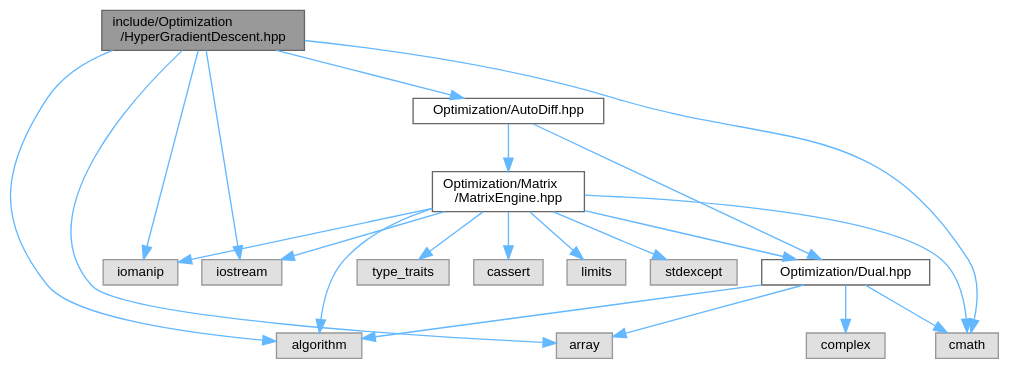
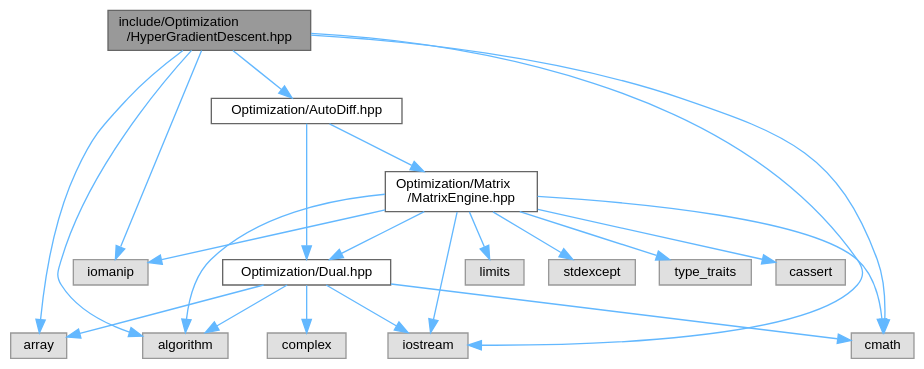
The diagram in HyperGradientDescent_8hpp__incl.dot (jswoo0615/Algorithms_for_Optimization_cpp), drawn with Graphviz before and after one commit. The commit also changed 38 other files, not shown here.

```diff
--- a/HyperGradientDescent_8hpp__incl.dot
+++ b/HyperGradientDescent_8hpp__incl.dot
@@ -1,42 +1,43 @@
 digraph "include/Optimization/HyperGradientDescent.hpp"
 {
  // LATEX_PDF_SIZE
   bgcolor="transparent";
   edge [fontname=Helvetica,fontsize=10,labelfontname=Helvetica,labelfontsize=10];
   node [fontname=Helvetica,fontsize=10,shape=box,height=0.2,width=0.4];
   Node1 [id="Node000001",label="include/Optimization\l/HyperGradientDescent.hpp",height=0.2,width=0.4,color="gray40", fillcolor="grey60", style="filled", fontcolor="black",tooltip="Hyper Gradient Descent (하이퍼 경사하강법) 최적화 알고리즘 구현"];
   Node1 -> Node2 [id="edge1_Node000001_Node000002",color="steelblue1",style="solid",tooltip=" "];
   Node2 [id="Node000002",label="algorithm",height=0.2,width=0.4,color="grey60", fillcolor="#E0E0E0", style="filled",tooltip=" "];
   Node1 -> Node3 [id="edge2_Node000001_Node000003",color="steelblue1",style="solid",tooltip=" "];
   Node3 [id="Node000003",label="array",height=0.2,width=0.4,color="grey60", fillcolor="#E0E0E0", style="filled",tooltip=" "];
   Node1 -> Node4 [id="edge3_Node000001_Node000004",color="steelblue1",style="solid",tooltip=" "];
   Node4 [id="Node000004",label="cmath",height=0.2,width=0.4,color="grey60", fillcolor="#E0E0E0", style="filled",tooltip=" "];
   Node1 -> Node5 [id="edge4_Node000001_Node000005",color="steelblue1",style="solid",tooltip=" "];
   Node5 [id="Node000005",label="iomanip",height=0.2,width=0.4,color="grey60", fillcolor="#E0E0E0", style="filled",tooltip=" "];
   Node1 -> Node6 [id="edge5_Node000001_Node000006",color="steelblue1",style="solid",tooltip=" "];
   Node6 [id="Node000006",label="iostream",height=0.2,width=0.4,color="grey60", fillcolor="#E0E0E0", style="filled",tooltip=" "];
   Node1 -> Node7 [id="edge6_Node000001_Node000007",color="steelblue1",style="solid",tooltip=" "];
   Node7 [id="Node000007",label="Optimization/AutoDiff.hpp",height=0.2,width=0.4,color="grey40", fillcolor="white", style="filled",URL="$AutoDiff_8hpp_source.html",tooltip=" "];
   Node7 -> Node8 [id="edge7_Node000007_Node000008",color="steelblue1",style="solid",tooltip=" "];
   Node8 [id="Node000008",label="Optimization/Dual.hpp",height=0.2,width=0.4,color="grey40", fillcolor="white", style="filled",URL="$Dual_8hpp_source.html",tooltip=" "];
   Node8 -> Node2 [id="edge8_Node000008_Node000002",color="steelblue1",style="solid",tooltip=" "];
   Node8 -> Node3 [id="edge9_Node000008_Node000003",color="steelblue1",style="solid",tooltip=" "];
   Node8 -> Node4 [id="edge10_Node000008_Node000004",color="steelblue1",style="solid",tooltip=" "];
   Node8 -> Node9 [id="edge11_Node000008_Node000009",color="steelblue1",style="solid",tooltip=" "];
   Node9 [id="Node000009",label="complex",height=0.2,width=0.4,color="grey60", fillcolor="#E0E0E0", style="filled",tooltip=" "];
-  Node7 -> Node10 [id="edge12_Node000007_Node000010",color="steelblue1",style="solid",tooltip=" "];
+  Node8 -> Node6 [id="edge12_Node000008_Node000006",color="steelblue1",style="solid",tooltip=" "];
+  Node7 -> Node10 [id="edge13_Node000007_Node000010",color="steelblue1",style="solid",tooltip=" "];
   Node10 [id="Node000010",label="Optimization/Matrix\l/MatrixEngine.hpp",height=0.2,width=0.4,color="grey40", fillcolor="white", style="filled",URL="$MatrixEngine_8hpp_source.html",tooltip=" "];
-  Node10 -> Node2 [id="edge13_Node000010_Node000002",color="steelblue1",style="solid",tooltip=" "];
-  Node10 -> Node11 [id="edge14_Node000010_Node000011",color="steelblue1",style="solid",tooltip=" "];
+  Node10 -> Node2 [id="edge14_Node000010_Node000002",color="steelblue1",style="solid",tooltip=" "];
+  Node10 -> Node11 [id="edge15_Node000010_Node000011",color="steelblue1",style="solid",tooltip=" "];
   Node11 [id="Node000011",label="cassert",height=0.2,width=0.4,color="grey60", fillcolor="#E0E0E0", style="filled",tooltip=" "];
-  Node10 -> Node4 [id="edge15_Node000010_Node000004",color="steelblue1",style="solid",tooltip=" "];
-  Node10 -> Node5 [id="edge16_Node000010_Node000005",color="steelblue1",style="solid",tooltip=" "];
-  Node10 -> Node6 [id="edge17_Node000010_Node000006",color="steelblue1",style="solid",tooltip=" "];
-  Node10 -> Node12 [id="edge18_Node000010_Node000012",color="steelblue1",style="solid",tooltip=" "];
+  Node10 -> Node4 [id="edge16_Node000010_Node000004",color="steelblue1",style="solid",tooltip=" "];
+  Node10 -> Node5 [id="edge17_Node000010_Node000005",color="steelblue1",style="solid",tooltip=" "];
+  Node10 -> Node6 [id="edge18_Node000010_Node000006",color="steelblue1",style="solid",tooltip=" "];
+  Node10 -> Node12 [id="edge19_Node000010_Node000012",color="steelblue1",style="solid",tooltip=" "];
   Node12 [id="Node000012",label="limits",height=0.2,width=0.4,color="grey60", fillcolor="#E0E0E0", style="filled",tooltip=" "];
-  Node10 -> Node13 [id="edge19_Node000010_Node000013",color="steelblue1",style="solid",tooltip=" "];
+  Node10 -> Node13 [id="edge20_Node000010_Node000013",color="steelblue1",style="solid",tooltip=" "];
   Node13 [id="Node000013",label="stdexcept",height=0.2,width=0.4,color="grey60", fillcolor="#E0E0E0", style="filled",tooltip=" "];
-  Node10 -> Node14 [id="edge20_Node000010_Node000014",color="steelblue1",style="solid",tooltip=" "];
+  Node10 -> Node14 [id="edge21_Node000010_Node000014",color="steelblue1",style="solid",tooltip=" "];
   Node14 [id="Node000014",label="type_traits",height=0.2,width=0.4,color="grey60", fillcolor="#E0E0E0", style="filled",tooltip=" "];
-  Node10 -> Node8 [id="edge21_Node000010_Node000008",color="steelblue1",style="solid",tooltip=" "];
+  Node10 -> Node8 [id="edge22_Node000010_Node000008",color="steelblue1",style="solid",tooltip=" "];
 }
```
